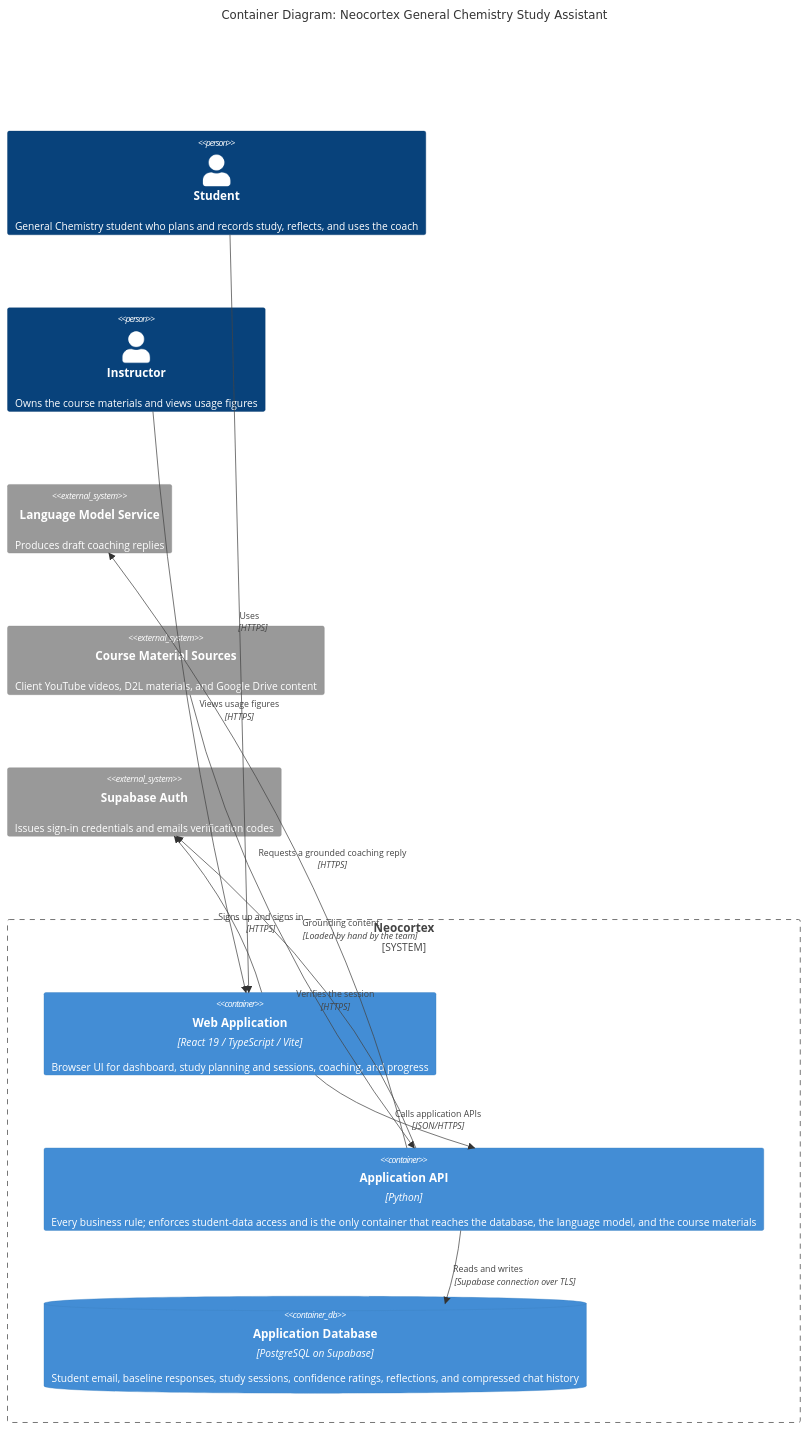
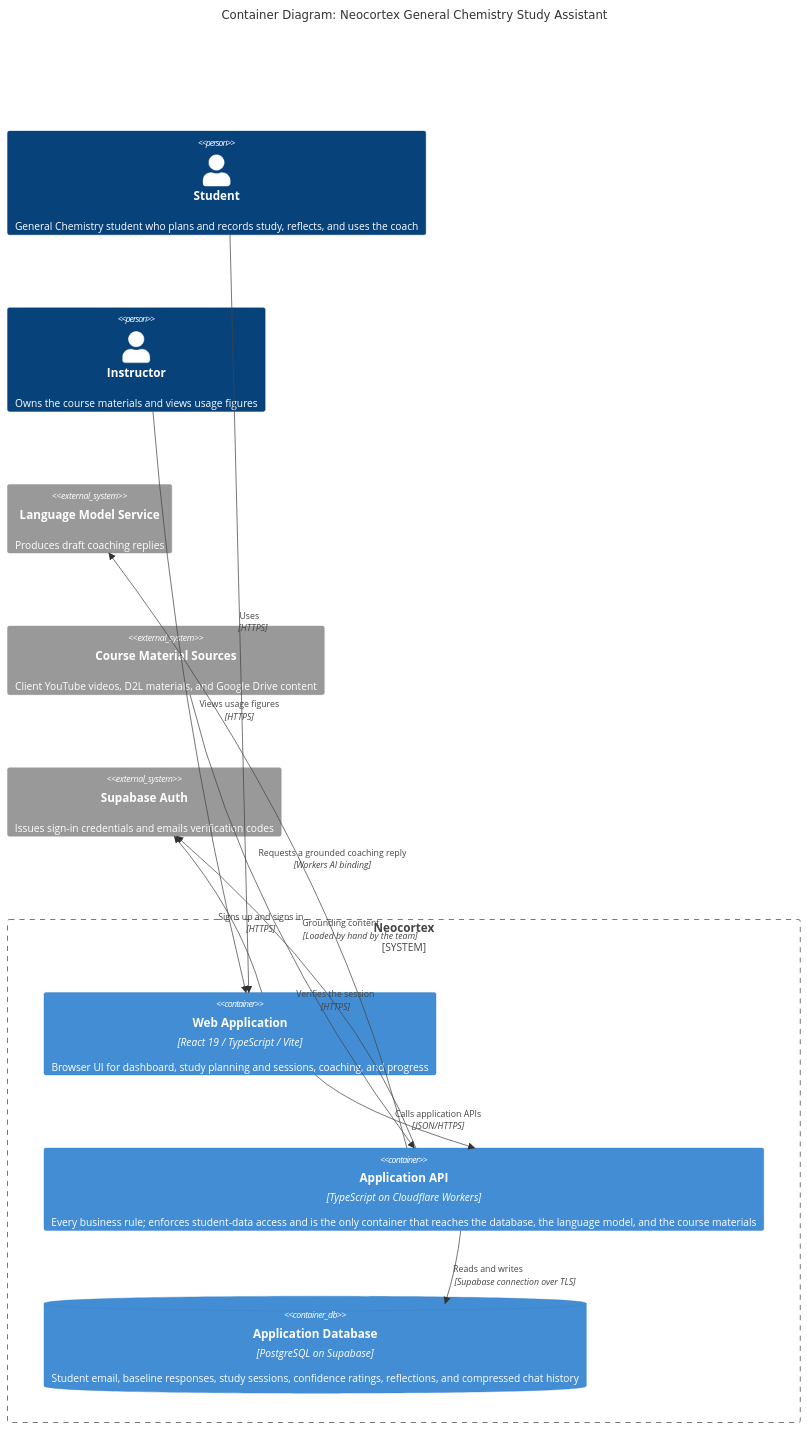
One commit to Boommage/Gen-Chem-MC changed the second of 6 diagrams in docs/design/architectural-design.md. Above: the diagram before and after it, drawn with Mermaid. The commit also changed other lines of this file and 9 other files, not shown here.

````diff
--- a/docs/design/architectural-design.md
+++ b/docs/design/architectural-design.md
@@ -132,26 +133,26 @@
 ```mermaid
 C4Container
     title Container Diagram: Neocortex General Chemistry Study Assistant
 
     Person(student, "Student", "General Chemistry student who plans and records study, reflects, and uses the coach")
     Person(instructor, "Instructor", "Owns the course materials and views usage figures")
 
     System_Boundary(neocortex, "Neocortex") {
         Container(spa, "Web Application", "React 19 / TypeScript / Vite", "Browser UI for dashboard, study planning and sessions, coaching, and progress")
-        Container(api, "Application API", "Python", "Every business rule; enforces student-data access and is the only container that reaches the database, the language model, and the course materials")
+        Container(api, "Application API", "TypeScript on Cloudflare Workers", "Every business rule; enforces student-data access and is the only container that reaches the database, the language model, and the course materials")
         ContainerDb(db, "Application Database", "PostgreSQL on Supabase", "Student email, baseline responses, study sessions, confidence ratings, reflections, and compressed chat history")
     }
 
     System_Ext(llm, "Language Model Service", "Produces draft coaching replies")
     System_Ext(materials, "Course Material Sources", "Client YouTube videos, D2L materials, and Google Drive content")
     System_Ext(auth, "Supabase Auth", "Issues sign-in credentials and emails verification codes")
 
     Rel(student, spa, "Uses", "HTTPS")
     Rel(spa, api, "Calls application APIs", "JSON/HTTPS")
     Rel(spa, auth, "Signs up and signs in", "HTTPS")
     Rel(api, auth, "Verifies the session", "HTTPS")
     Rel(instructor, spa, "Views usage figures", "HTTPS")
     Rel(api, db, "Reads and writes", "Supabase connection over TLS")
-    Rel(api, llm, "Requests a grounded coaching reply", "HTTPS")
+    Rel(api, llm, "Requests a grounded coaching reply", "Workers AI binding")
     Rel(materials, api, "Grounding content", "Loaded by hand by the team")
 ```
````
